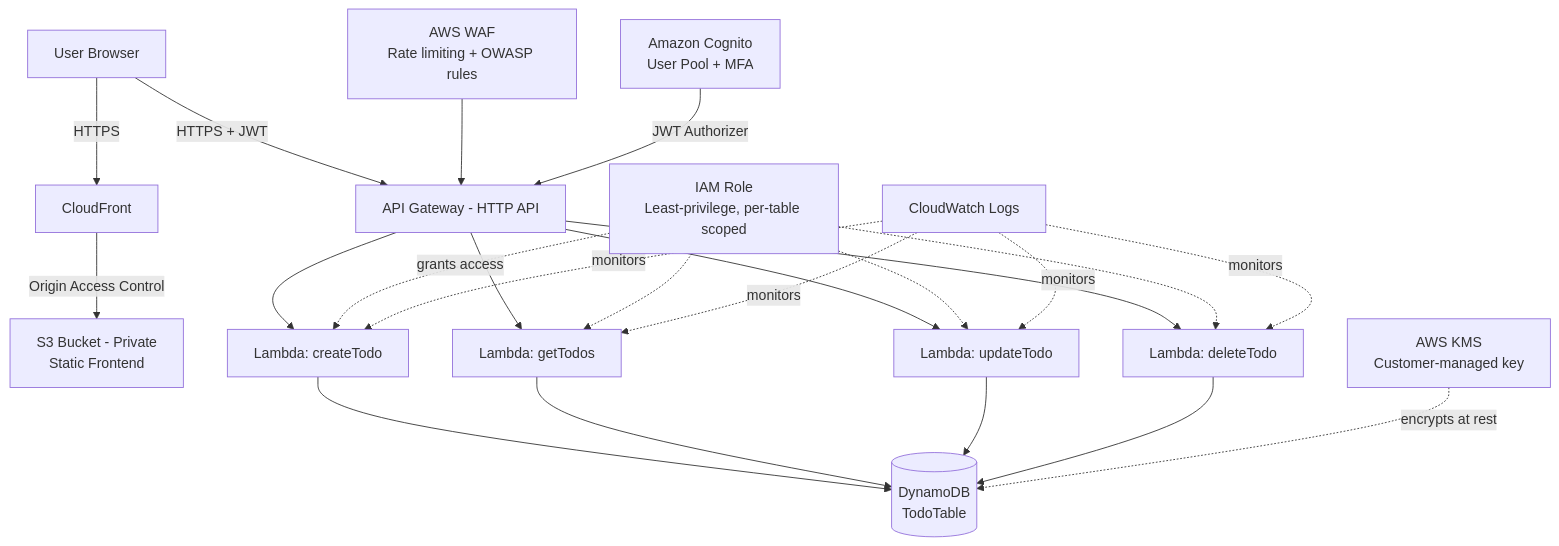
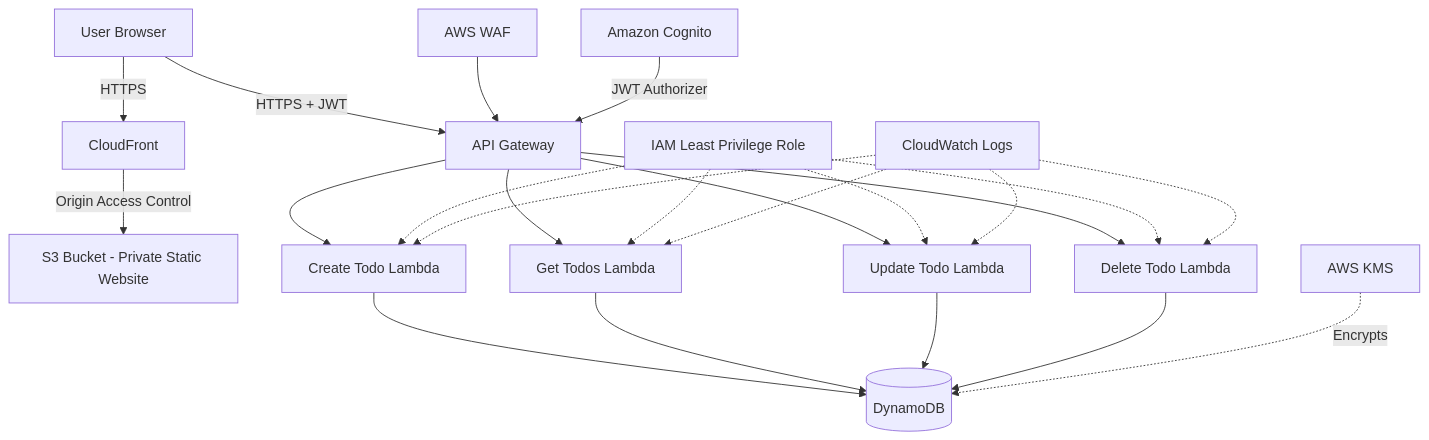
One commit to muhammedgomaa04/secure-serverless-ops-console changed the diagram in README.md. Above: the diagram before and after it, drawn with Mermaid. The commit also changed other lines of this file, not shown here.

````diff
--- a/README.md
+++ b/README.md
@@ -41,31 +321,33 @@
 ```mermaid
 flowchart TD
     U[User Browser] -->|HTTPS| CF[CloudFront]
-    CF -->|Origin Access Control| S3[S3 Bucket - Private<br/>Static Frontend]
+    CF -->|Origin Access Control| S3[S3 Bucket - Private Static Website]
 
-    U -->|HTTPS + JWT| APIGW[API Gateway - HTTP API]
-    WAF[AWS WAF<br/>Rate limiting + OWASP rules] --> APIGW
-    COG[Amazon Cognito<br/>User Pool + MFA] -->|JWT Authorizer| APIGW
+    U -->|HTTPS + JWT| APIGW[API Gateway]
 
-    APIGW --> L1[Lambda: createTodo]
-    APIGW --> L2[Lambda: getTodos]
-    APIGW --> L3[Lambda: updateTodo]
-    APIGW --> L4[Lambda: deleteTodo]
+    WAF[AWS WAF] --> APIGW
 
-    L1 --> DDB[(DynamoDB<br/>TodoTable)]
-    L2 --> DDB
-    L3 --> DDB
-    L4 --> DDB
+    Cognito[Amazon Cognito] -->|JWT Authorizer| APIGW
 
-    KMS[AWS KMS<br/>Customer-managed key] -.encrypts at rest.-> DDB
+    APIGW --> Create[Create Todo Lambda]
+    APIGW --> Read[Get Todos Lambda]
+    APIGW --> Update[Update Todo Lambda]
+    APIGW --> Delete[Delete Todo Lambda]
 
-    IAM[IAM Role<br/>Least-privilege, per-table scoped] -.grants access.-> L1
-    IAM -.-> L2
-    IAM -.-> L3
-    IAM -.-> L4
+    Create --> DynamoDB[(DynamoDB)]
+    Read --> DynamoDB
+    Update --> DynamoDB
+    Delete --> DynamoDB
 
-    CW[CloudWatch Logs] -.monitors.-> L1
-    CW -.monitors.-> L2
-    CW -.monitors.-> L3
-    CW -.monitors.-> L4
+    KMS[AWS KMS] -. Encrypts .-> DynamoDB
+
+    IAM[IAM Least Privilege Role] -.-> Create
+    IAM -.-> Read
+    IAM -.-> Update
+    IAM -.-> Delete
+
+    CloudWatch[CloudWatch Logs] -.-> Create
+    CloudWatch -.-> Read
+    CloudWatch -.-> Update
+    CloudWatch -.-> Delete
 ```
````
